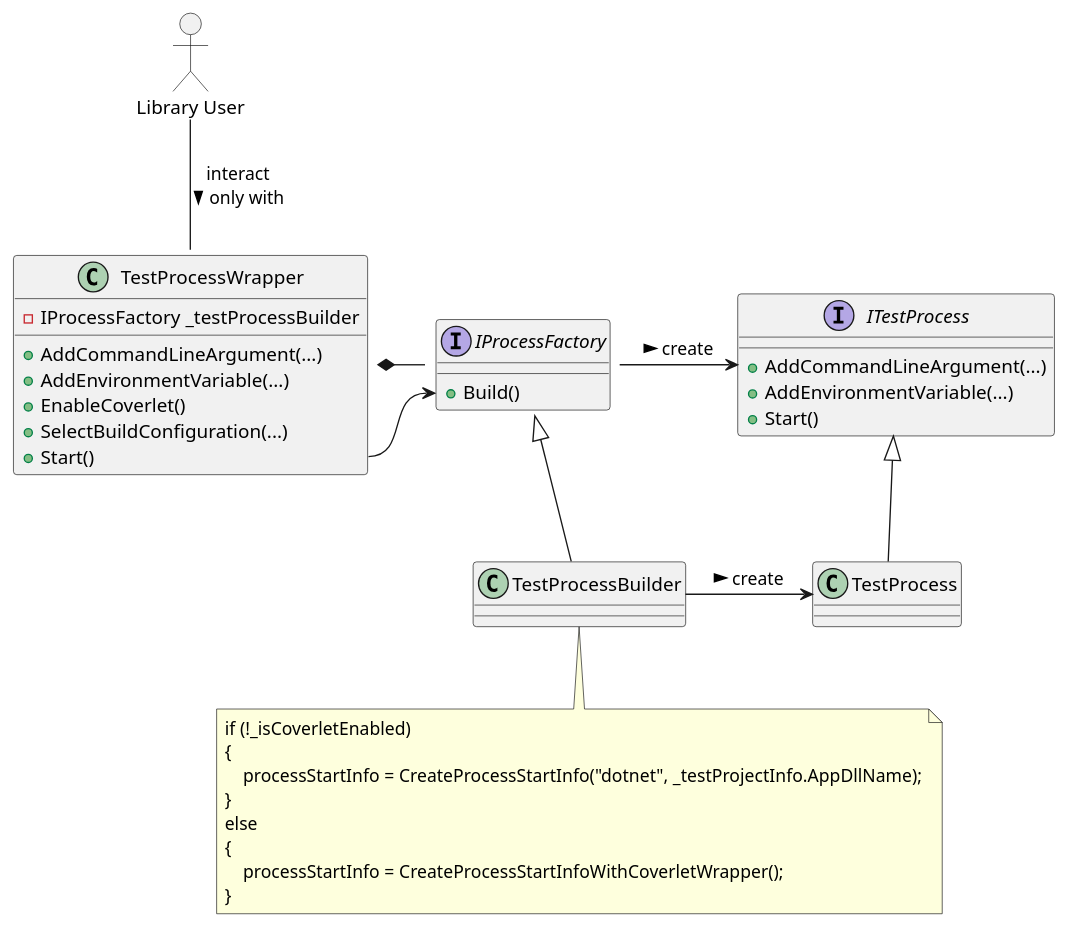
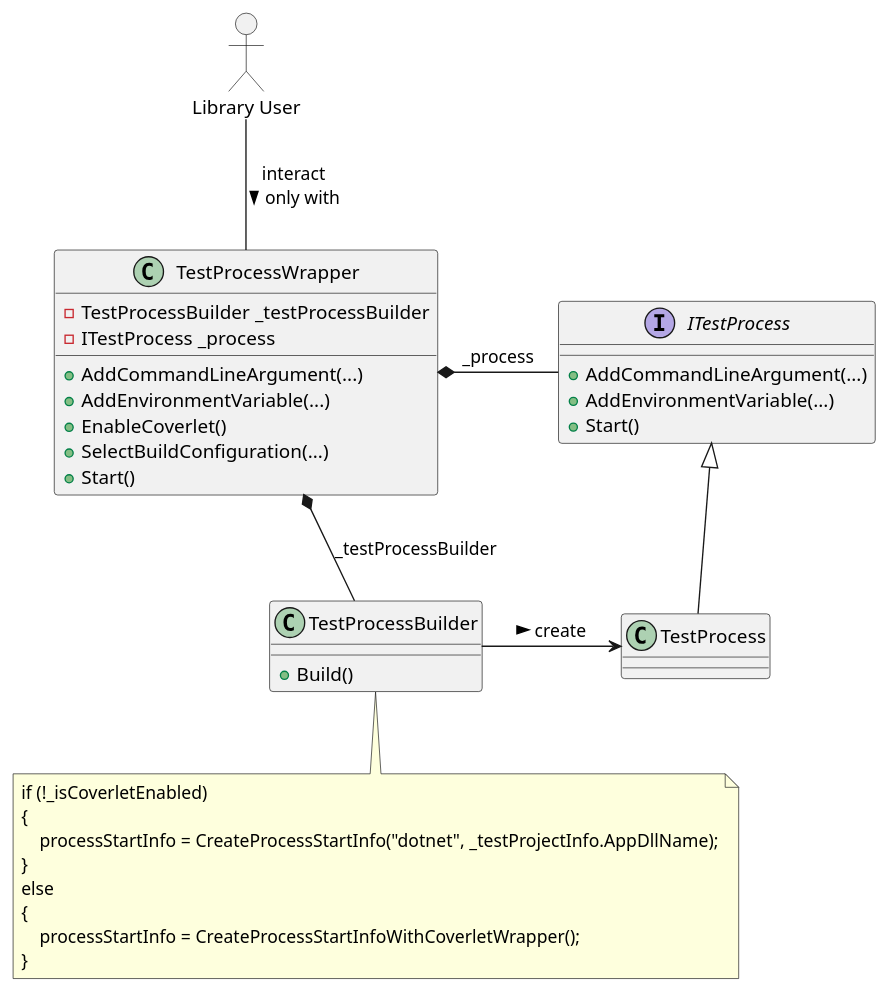
One commit to wonderbird/TestProcessWrapper changed the diagram in docs/current_create_process.puml. Above: the diagram before and after it, drawn with PlantUML. The commit also changed 5 other files, not shown here.

Commit message:
refactor: remove IProcessFactory

```diff
--- a/docs/current_create_process.puml
+++ b/docs/current_create_process.puml
@@ -1,51 +1,47 @@
 @startuml
 allowmixing
 
 actor "Library User" as user
 
 class "TestProcessWrapper" as wrapper {
-  - IProcessFactory _testProcessBuilder
+  - TestProcessBuilder _testProcessBuilder
+  - ITestProcess _process
   + AddCommandLineArgument(...)
   + AddEnvironmentVariable(...)
   + EnableCoverlet()
   + SelectBuildConfiguration(...)
   + Start()
 }
 
 user -- wrapper : interact\nonly with >
 
-interface "IProcessFactory" as builder_if {
+class "TestProcessBuilder" as builder {
   + Build()
 }
 
-class "TestProcessBuilder" as builder
+wrapper *-- builder : _testProcessBuilder
 
 interface "ITestProcess" as process_if {
   + AddCommandLineArgument(...)
   + AddEnvironmentVariable(...)
   + Start()
 }
 
+wrapper *- process_if : _process
+
 class "TestProcess" as process
-
-builder_if <|-- builder
 process_if <|-- process
 
-builder_if -> process_if :  create >
 builder -> process : create >
-
-wrapper *- builder_if
-
-wrapper::Start --> builder_if::Build
 
 note bottom of builder
 if (!_isCoverletEnabled)
 {
     processStartInfo = CreateProcessStartInfo("dotnet", _testProjectInfo.AppDllName);
 }
 else
 {
     processStartInfo = CreateProcessStartInfoWithCoverletWrapper();
 }
 end note
 @enduml
```
